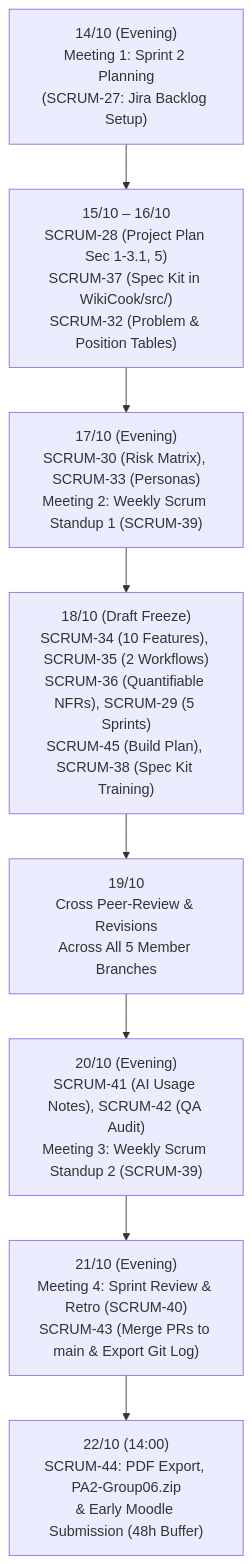
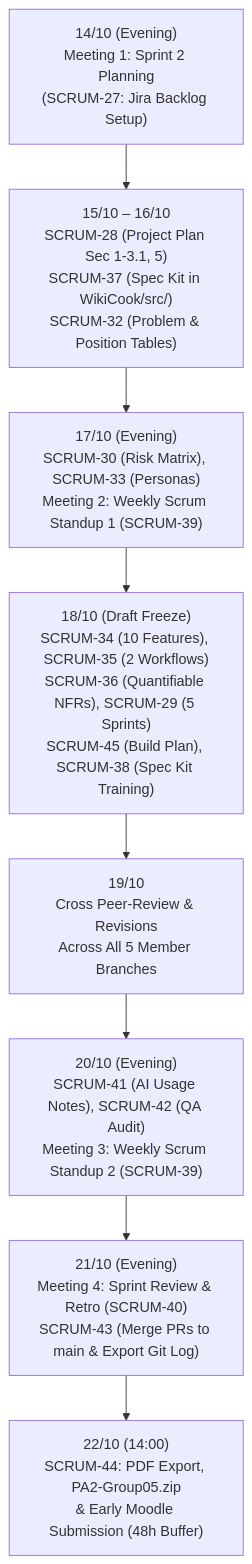
One commit to ThanhDu14/WikiCook changed the first of 2 diagrams in docs/management/reports/sprint-02/sprint-02-report.md. Above: the diagram before and after it, drawn with Mermaid. The commit also changed other lines of this file and 18 other files, not shown here.

````diff
--- a/docs/management/reports/sprint-02/sprint-02-report.md
+++ b/docs/management/reports/sprint-02/sprint-02-report.md
@@ -84,10 +84,10 @@
 ```mermaid
 flowchart TD
     M1["14/10 (Evening)\nMeeting 1: Sprint 2 Planning\n(SCRUM-27: Jira Backlog Setup)"] --> D15["15/10 – 16/10\nSCRUM-28 (Project Plan Sec 1-3.1, 5)\nSCRUM-37 (Spec Kit in WikiCook/src/)\nSCRUM-32 (Problem & Position Tables)"]
     D15 --> M2["17/10 (Evening)\nSCRUM-30 (Risk Matrix), SCRUM-33 (Personas)\nMeeting 2: Weekly Scrum Standup 1 (SCRUM-39)"]
     M2 --> D18["18/10 (Draft Freeze)\nSCRUM-34 (10 Features), SCRUM-35 (2 Workflows)\nSCRUM-36 (Quantifiable NFRs), SCRUM-29 (5 Sprints)\nSCRUM-45 (Build Plan), SCRUM-38 (Spec Kit Training)"]
     D18 --> D19["19/10\nCross Peer-Review & Revisions\nAcross All 5 Member Branches"]
     D19 --> M3["20/10 (Evening)\nSCRUM-41 (AI Usage Notes), SCRUM-42 (QA Audit)\nMeeting 3: Weekly Scrum Standup 2 (SCRUM-39)"]
     M3 --> M4["21/10 (Evening)\nMeeting 4: Sprint Review & Retro (SCRUM-40)\nSCRUM-43 (Merge PRs to main & Export Git Log)"]
-    M4 --> SUB["22/10 (14:00)\nSCRUM-44: PDF Export, PA2-Group06.zip\n& Early Moodle Submission (48h Buffer)"]
+    M4 --> SUB["22/10 (14:00)\nSCRUM-44: PDF Export, PA2-Group05.zip\n& Early Moodle Submission (48h Buffer)"]
 ```
````
